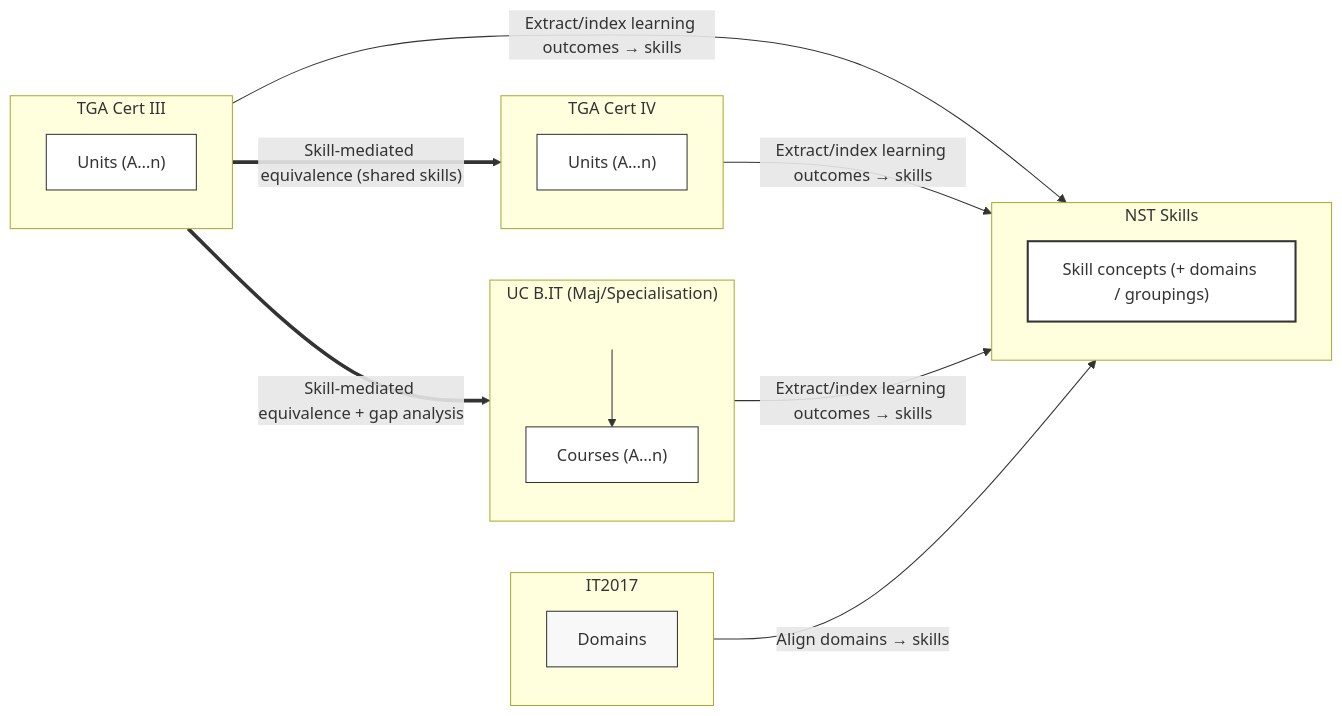
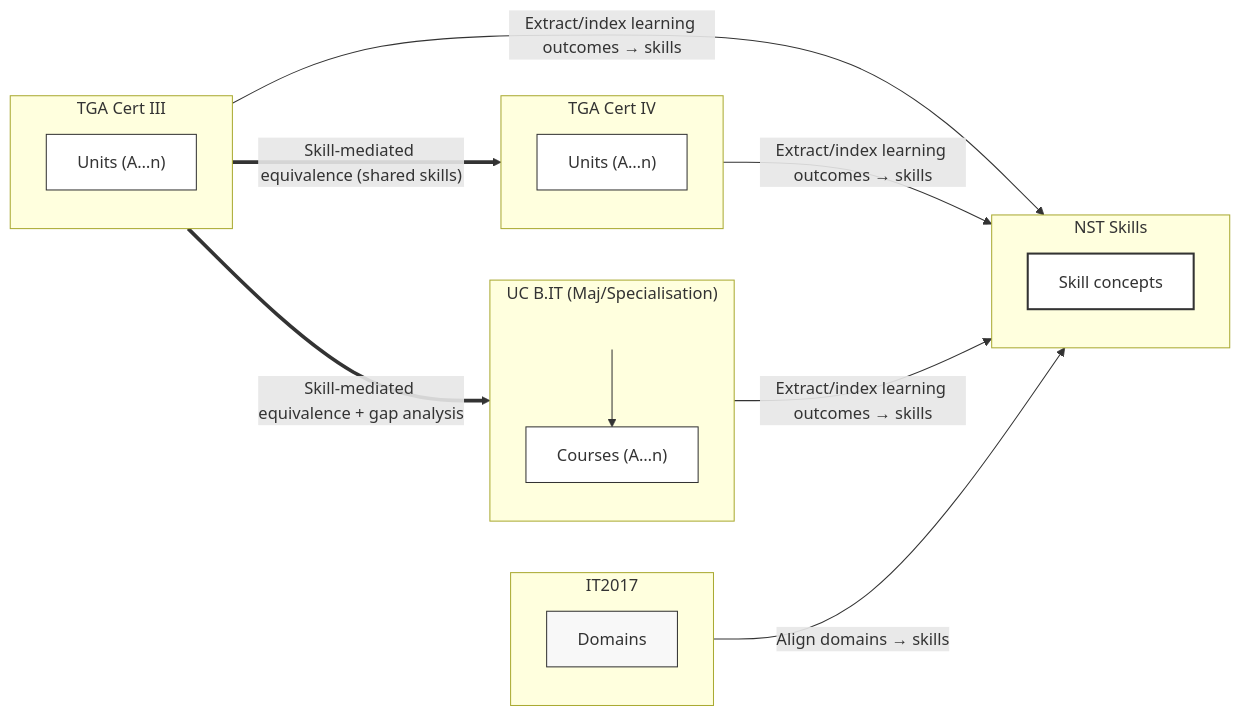
One commit to leskneebone/skills-SPARQL changed the third of 3 diagrams in reports/creditTransferModels.md. Above: the diagram before and after it, drawn with Mermaid.

````diff
--- a/reports/creditTransferModels.md
+++ b/reports/creditTransferModels.md
@@ -87,40 +87,40 @@
 ```mermaid
 flowchart LR
   %% Diagram 3 — NST Skills as bridge (indexes VET + HE + IT2017)
   subgraph CertIII["TGA Cert III"]
     C3["Units (A…n)"]:::unit
   end
 
   subgraph CertIV["TGA Cert IV"]
     C4["Units (A…n)"]:::unit
   end
 
  subgraph UCBIT["UC B.IT (Maj/Specialisation)"]
     spacer[" "]:::spacer
     UC["Courses (A…n)"]:::unit
     spacer --> UC
   end
 
   subgraph IT2017["IT2017"]
     KA["Domains"]:::scheme
   end
 
   subgraph NST["NST Skills"]
-    Skills["Skill concepts (+ domains / groupings)"]:::hero
+    Skills["Skill concepts"]:::hero
   end
 
   %% NST indexes everything
   CertIII -->|"Extract/index learning outcomes → skills"| NST
   CertIV  -->|"Extract/index learning outcomes → skills"| NST
   UCBIT  -->|"Extract/index learning outcomes → skills"| NST
   IT2017 -->|"Align domains → skills"| NST
 
   %% Credit transfer becomes skill-mediated
   CertIII == "Skill-mediated equivalence + gap analysis" ==> UCBIT
   CertIII == "Skill-mediated equivalence (shared skills)" ==> CertIV
 
   classDef unit fill:#fff,stroke:#333,stroke-width:1px;
   classDef scheme fill:#f8f8f8,stroke:#333,stroke-width:1px;
   classDef spacer fill:none,stroke:none;
   classDef hero fill:#fff,stroke:#333,stroke-width:2px;
 ```
````
